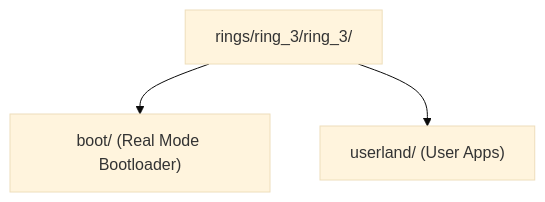
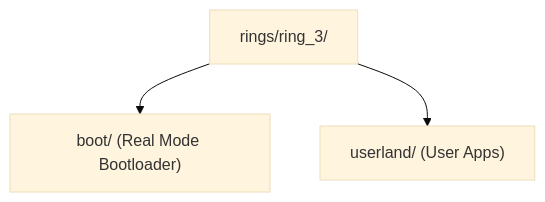
Before and after one commit to Heaplyn/Heaplit-OS: the first of 2 diagrams in obsidian_vault/rings/ring_3/README.md, drawn with Mermaid (base theme). The commit also changed other lines of this file and 169 other files, not shown here.

````diff
--- a/obsidian_vault/rings/ring_3/README.md
+++ b/obsidian_vault/rings/ring_3/README.md
@@ -22,5 +22,5 @@
 ```mermaid
 flowchart TD
-    R3["rings/ring_3/ring_3/"] --> BOOT["boot/ (Real Mode Bootloader)"]
+    R3["rings/ring_3/"] --> BOOT["boot/ (Real Mode Bootloader)"]
     R3 --> USER["userland/ (User Apps)"]
 ```
````
